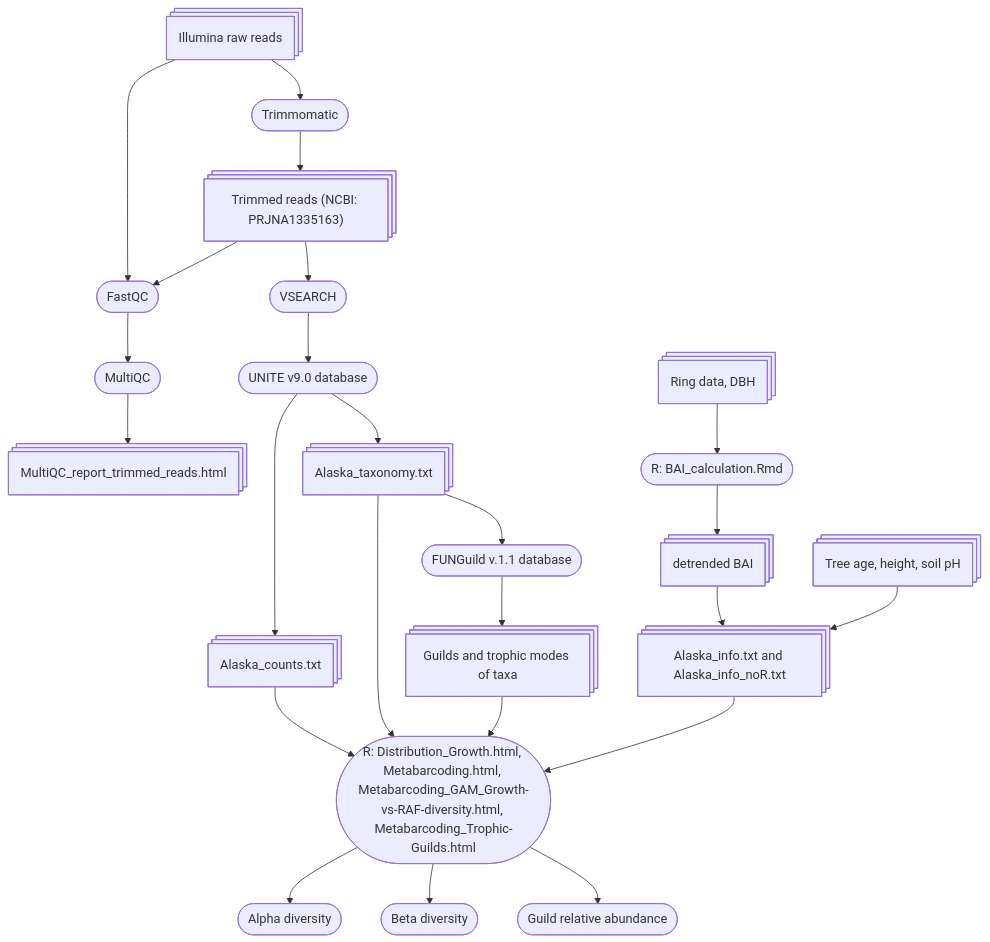
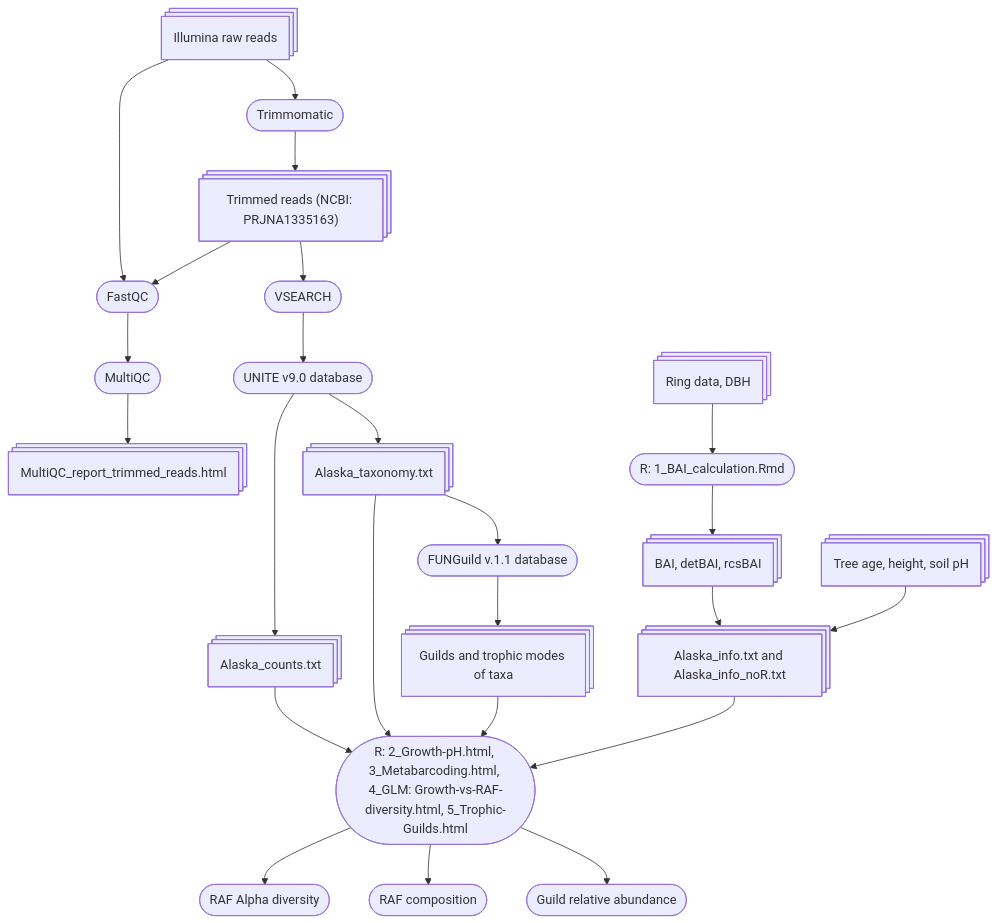
The diagram in README.md (kuprinak/Picea_glauca_ITS2), drawn with Mermaid before and after one commit.

````diff
--- a/README.md
+++ b/README.md
@@ -10,24 +10,24 @@
 ```mermaid
 flowchart TB
 
  A@{shape: procs, label: "Illumina raw reads"} --> B([Trimmomatic]);
     A --> Fa;
     Fa --> Mu([MultiQC]);
     B --> C@{shape: procs, label: "Trimmed reads (NCBI: PRJNA1335163)"};
     C --> Fa([FastQC]);
     Mu --> Mur@{shape: procs, label: "MultiQC_report_trimmed_reads.html"}; 
     C --> V([VSEARCH]);
     V --> T([UNITE v9.0 database]);
-    T --> CV@{shape: procs, label: "Alaska_counts.txt"} --> R([R: Distribution_Growth.html, Metabarcoding.html, Metabarcoding_GAM_Growth-vs-RAF-diversity.html, Metabarcoding_Trophic-Guilds.html])
+    T --> CV@{shape: procs, label: "Alaska_counts.txt"} --> R([R: 2_Growth-pH.html, 3_Metabarcoding.html, 4_GLM: Growth-vs-RAF-diversity.html, 5_Trophic-Guilds.html])
     T --> Ta@{shape: procs, label: "Alaska_taxonomy.txt"} --> R
     Ta --> F([FUNGuild v.1.1 database]);
     F --> Gu@{shape: procs, label: "Guilds and trophic modes of taxa"} --> R
-    R --> alpha([Alpha diversity])
-    R --> beta([Beta diversity])
+    R --> alpha([RAF Alpha diversity])
+    R --> beta([RAF composition])
     R --> Guild([Guild relative abundance])
 
 
-Tree_data@{shape: procs, label: "Ring data, DBH"} --> R1([R: BAI_calculation.Rmd]) --> BAI@{shape: procs, label: "detrended BAI"} --> Sam_inf@{shape: procs, label: "Alaska_info.txt and Alaska_info_noR.txt"} --> R
+Tree_data@{shape: procs, label: "Ring data, DBH"} --> R1([R: 1_BAI_calculation.Rmd]) --> BAI@{shape: procs, label: "BAI, detBAI, rcsBAI"} --> Sam_inf@{shape: procs, label: "Alaska_info.txt and Alaska_info_noR.txt"} --> R
 Data@{shape: procs, label: "Tree age, height, soil pH"}   --> Sam_inf
 
 ```
````
